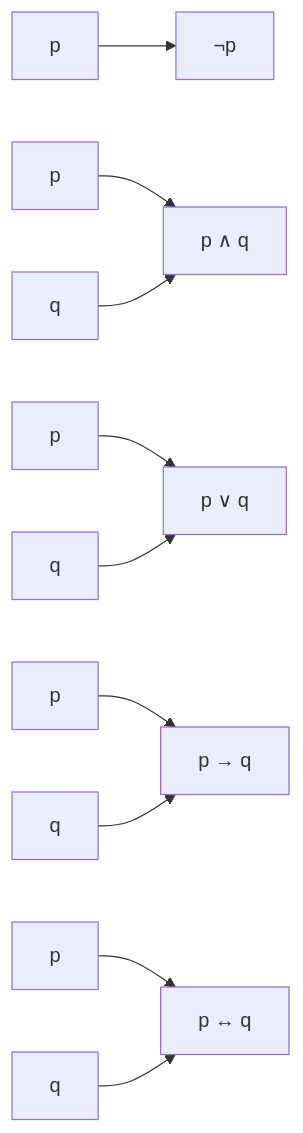
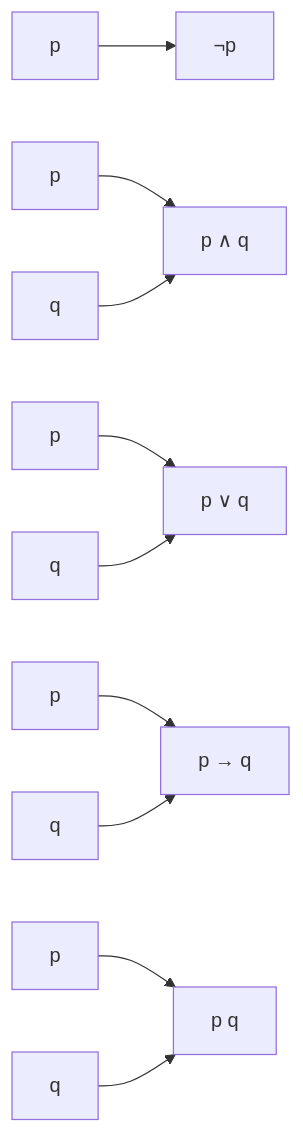
One commit to PanagopoulosNikolaos/DitOpenNotes changed the second of 6 diagrams in Year_1/Semester_2/DISCREET_MATHEMATICS/Lectures/5_Propositional Logic.md. Above: the diagram before and after it, drawn with Mermaid. The commit also changed other lines of this file and 24 other files, not shown here.

````diff
--- a/Year_1/Semester_2/DISCREET_MATHEMATICS/Lectures/5_Propositional Logic.md
+++ b/Year_1/Semester_2/DISCREET_MATHEMATICS/Lectures/5_Propositional Logic.md
@@ -73,12 +73,12 @@
 ```mermaid
 graph LR
     A[p] --> B[¬p]
     C[p] --> D[p ∧ q]
     E[q] --> D
     F[p] --> G[p ∨ q]
     H[q] --> G
     I[p] --> J[p → q]
     K[q] --> J
-    L[p] --> M[p ↔ q]
+    L[p] --> M[p  q]
     N[q] --> M
 ```
````
